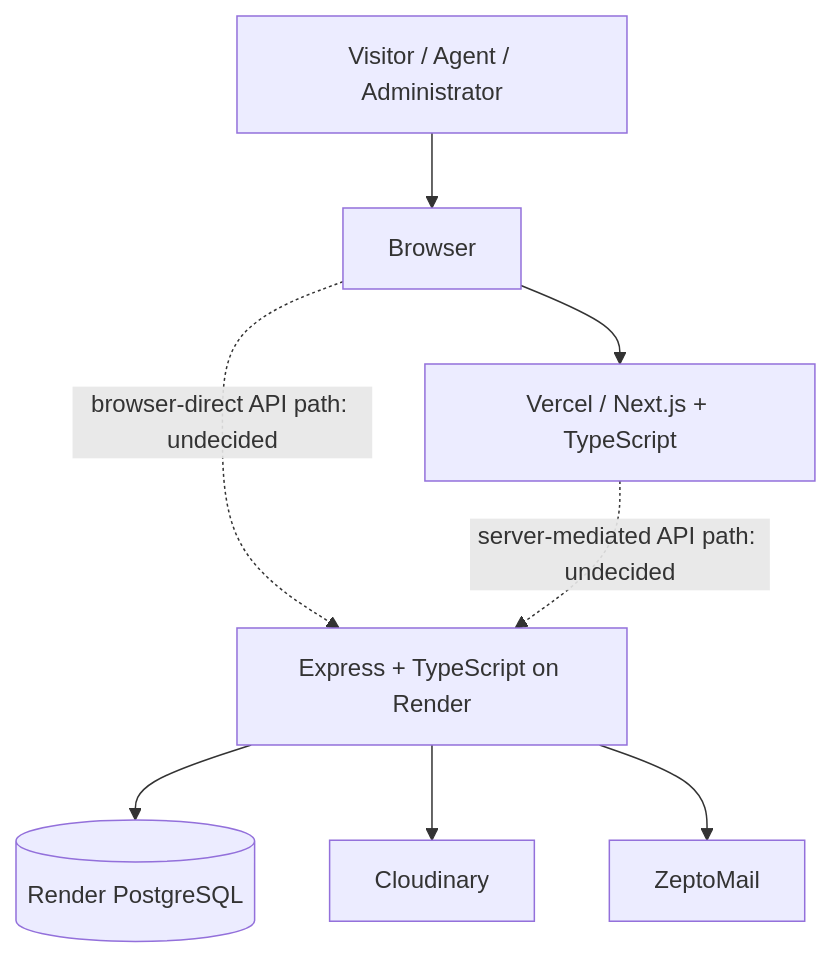
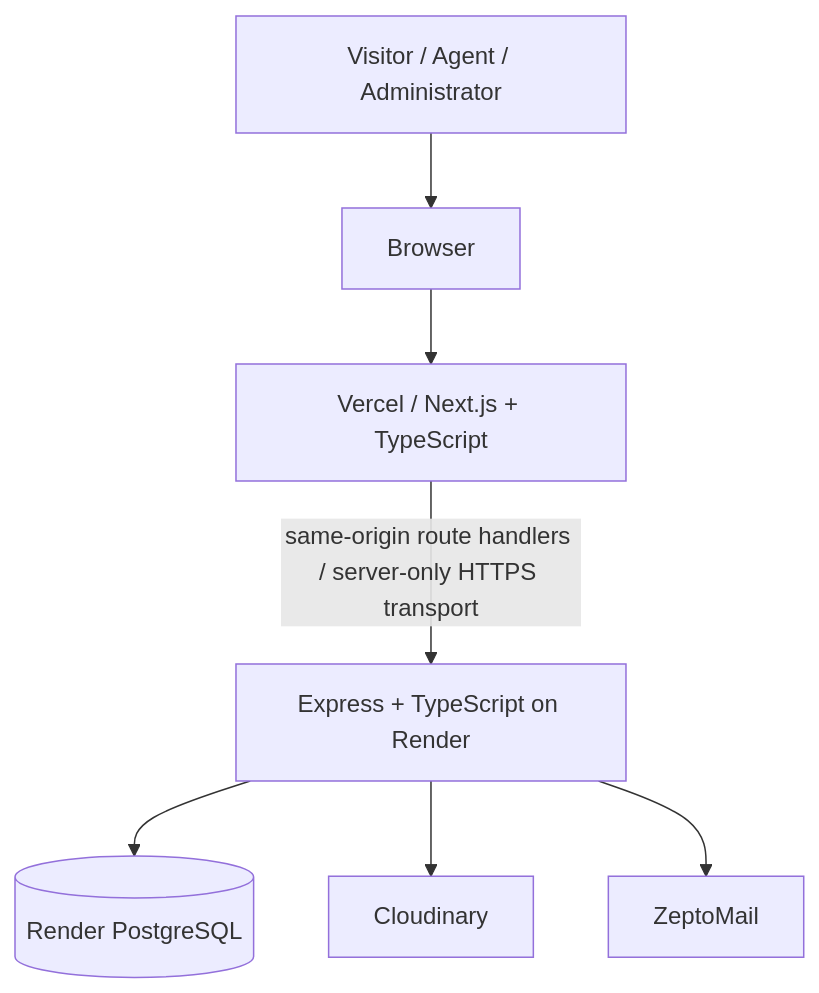
Before and after one commit to akindeleDaniel/prime-haven: the diagram in docs/02_TECHNICAL_ARCHITECTURE_AND_DECISIONS.md, drawn with Mermaid. The commit also changed other lines of this file and 3 other files, not shown here.

Commit message:
docs: approve BFF communication architecture

````diff
--- a/docs/02_TECHNICAL_ARCHITECTURE_AND_DECISIONS.md
+++ b/docs/02_TECHNICAL_ARCHITECTURE_AND_DECISIONS.md
@@ -19,10 +19,9 @@
 ```mermaid
 flowchart TD
     U[Visitor / Agent / Administrator] --> B[Browser]
     B --> VX[Vercel / Next.js + TypeScript]
-    B -. browser-direct API path: undecided .-> API[Express + TypeScript on Render]
-    VX -. server-mediated API path: undecided .-> API
+    VX -->|same-origin route handlers / server-only HTTPS transport| API[Express + TypeScript on Render]
     API --> DB[(Render PostgreSQL)]
     API --> IMG[Cloudinary]
     API --> MAIL[ZeptoMail]
 ```
````
